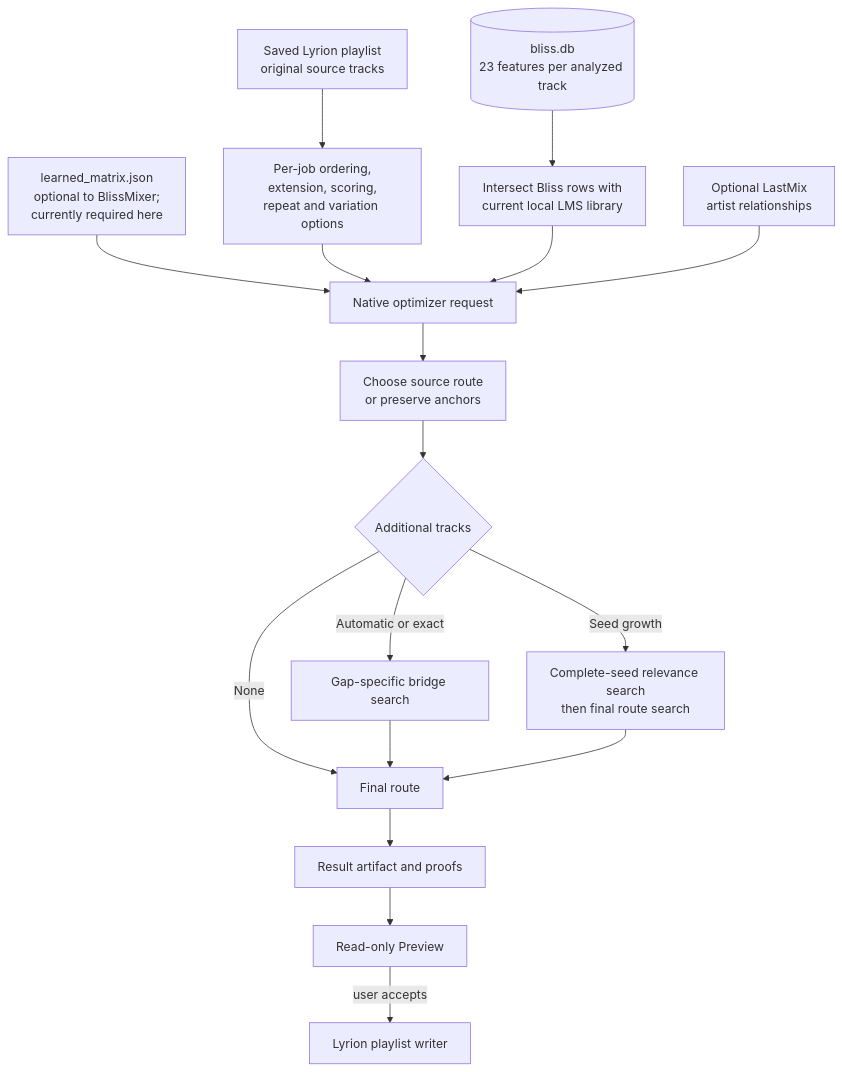
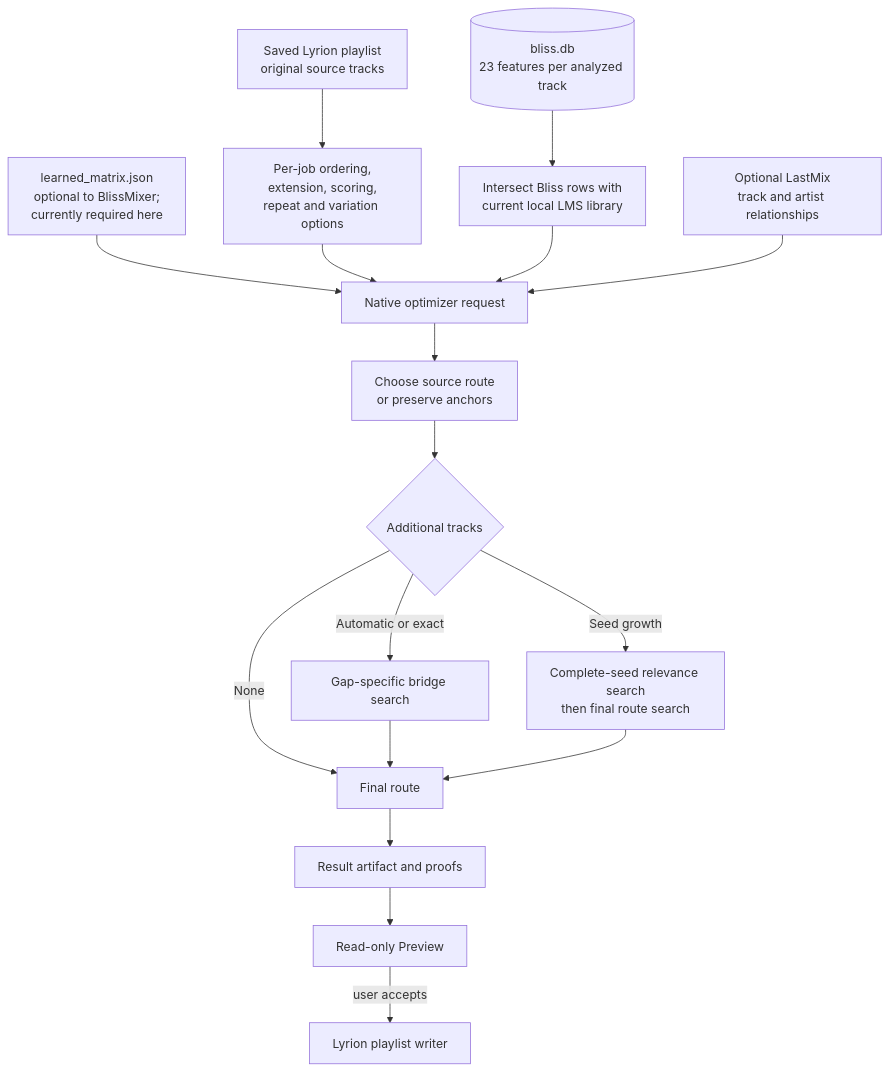
One commit to chrober/lms-better-call-bliss changed the first of 7 diagrams in ALGORITHMS.md. Above: the diagram before and after it, drawn with Mermaid. The commit also changed other lines of this file and 18 other files, not shown here.

Commit message:
feat: add Last.fm track and artist guidance

```diff
--- a/ALGORITHMS.md
+++ b/ALGORITHMS.md
@@ -44,19 +44,19 @@
 ~~~mermaid
 flowchart TD
     P["Saved Lyrion playlist<br/>original source tracks"] --> O["Per-job ordering,<br/>extension, scoring,<br/>repeat and variation options"]
     DB[("bliss.db<br/>23 features per analyzed track")] --> I["Intersect Bliss rows with<br/>current local LMS library"]
     M["learned_matrix.json<br/>optional to BlissMixer;<br/>currently required here"] --> N
     O --> N["Native optimizer request"]
     I --> N
-    L["Optional LastMix<br/>artist relationships"] --> N
+    L["Optional LastMix<br/>track and artist relationships"] --> N
     N --> S["Choose source route<br/>or preserve anchors"]
     S --> X{"Additional tracks"}
     X -- None --> R["Final route"]
     X -- Automatic or exact --> B["Gap-specific bridge search"]
     X -- Seed growth --> G["Complete-seed relevance search<br/>then final route search"]
     B --> R
     G --> R
     R --> V["Result artifact and proofs"]
     V --> Q["Read-only Preview"]
     Q -->|"user accepts"| W["Lyrion playlist writer"]
 ~~~
```
